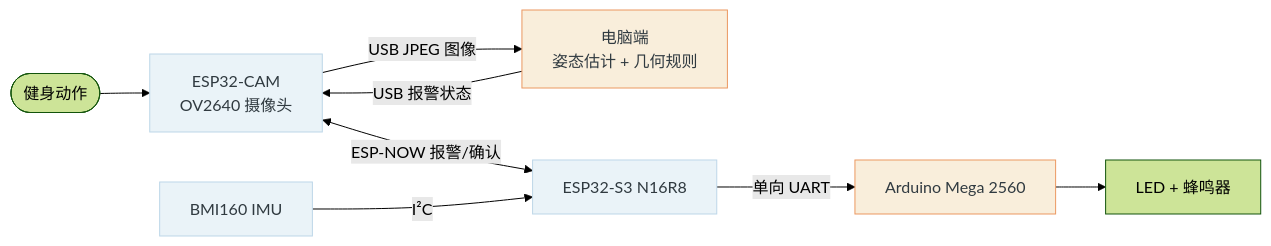
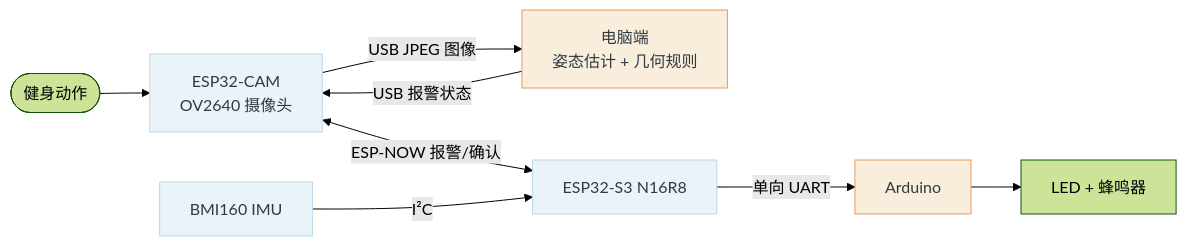
One commit to Steven-ZYC/int4089-fitness-aid-bot changed the diagram in README_zh_cn.md. Above: the diagram before and after it, drawn with Mermaid (forest theme). The commit also changed other lines of this file and 71 other files, not shown here.

````diff
--- a/README_zh_cn.md
+++ b/README_zh_cn.md
@@ -67,14 +67,14 @@
 ```mermaid
 flowchart LR
     U([健身动作]) --> CAM[ESP32-CAM<br/>OV2640 摄像头]
     CAM -->|USB JPEG 图像| PC[电脑端<br/>姿态估计 + 几何规则]
     PC -->|USB 报警状态| CAM
     CAM <-->|ESP-NOW 报警/确认| S3[ESP32-S3 N16R8]
     IMU[BMI160 IMU] -->|I²C| S3
-    S3 -->|单向 UART| MEGA[Arduino Mega 2560]
-    MEGA --> LED[LED + 蜂鸣器]
+    S3 -->|单向 UART| Arduino[Arduino]
+    Arduino --> LED[LED + 蜂鸣器]
     classDef compute fill:#f9eedb,stroke:#eb9861,color:#303a40;
     classDef sensor fill:#eaf3f8,stroke:#bdd6e8,color:#303a40;
-    class PC,MEGA compute;
+    class PC,Arduino compute;
     class CAM,S3,IMU sensor;
 ```
````
